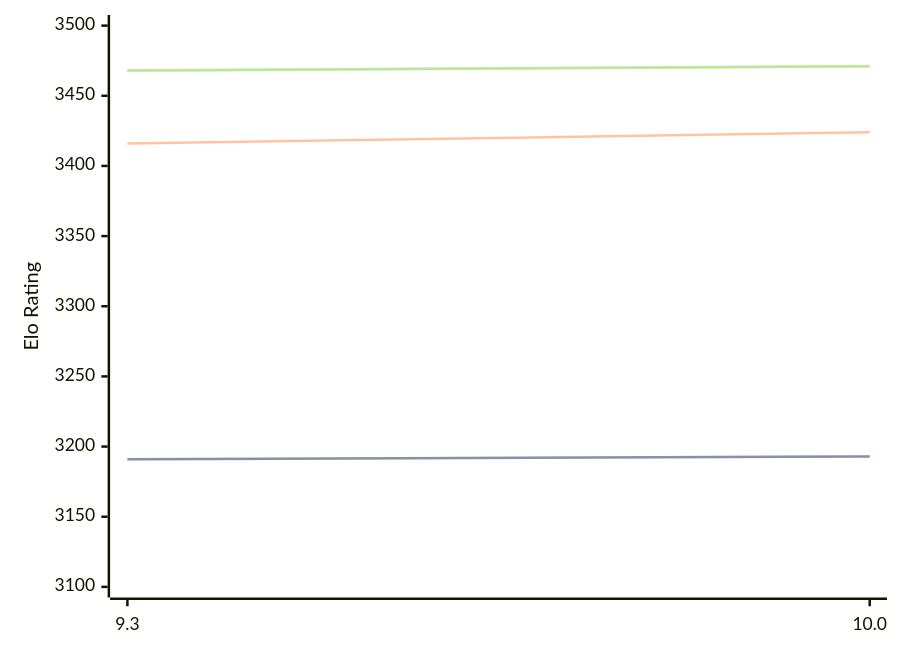
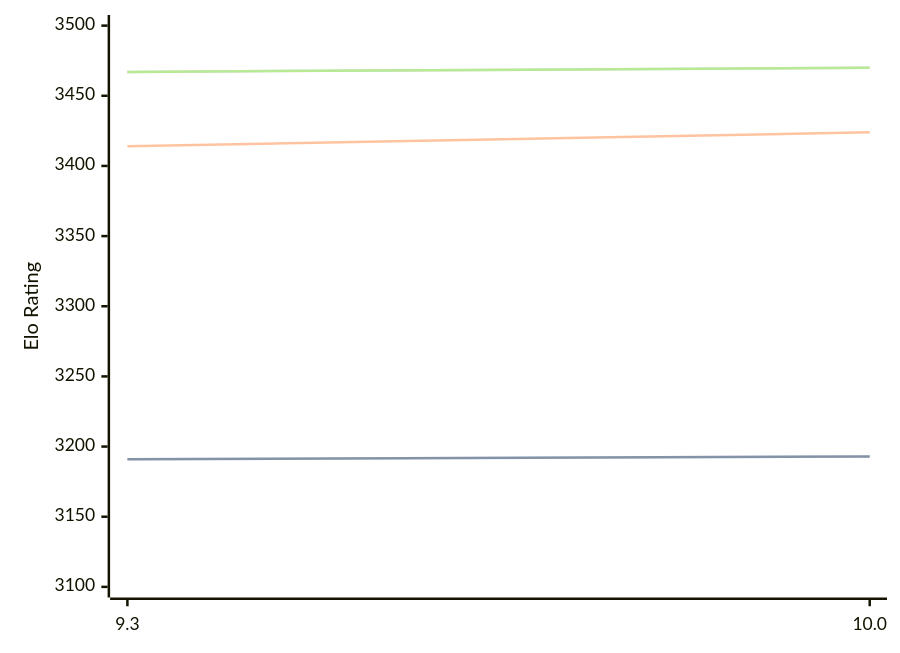
Before and after one commit to computer-chess-index/cci: the diagram in engines/Fire.md, drawn with Mermaid. The commit also changed other lines of this file, not shown here.

Commit message:
Update CCI Ratings (ELO VLTC) - 2026-03-06

````diff
--- a/engines/Fire.md
+++ b/engines/Fire.md
@@ -45,11 +45,11 @@
 ```mermaid
 %%{init: {"theme":"base","themeVariables":{"seriesColors:['#a3a3a3','#222221','#faa371']}}}%%
 xychart-beta
   x-axis ["9.3", "10.0"]
   y-axis "Elo Rating" 3100 --> 3500
   line "STC (8.0+0.08s)" [3191, 3193]
   line "STC (8.0+0.08s)" [3191, 3193]
-  line "LTC (60.0+0.60s)" [3416, 3424]
-  line "VLTC (2m24s+1.12s)" [3468, 3471]
-  line "VLTC (2m24s+1.12s)" [3468, 3471]
+  line "LTC (60.0+0.60s)" [3414, 3424]
+  line "VLTC (2m24s+1.12s)" [3467, 3470]
+  line "VLTC (2m24s+1.12s)" [3467, 3470]
 ```
````
